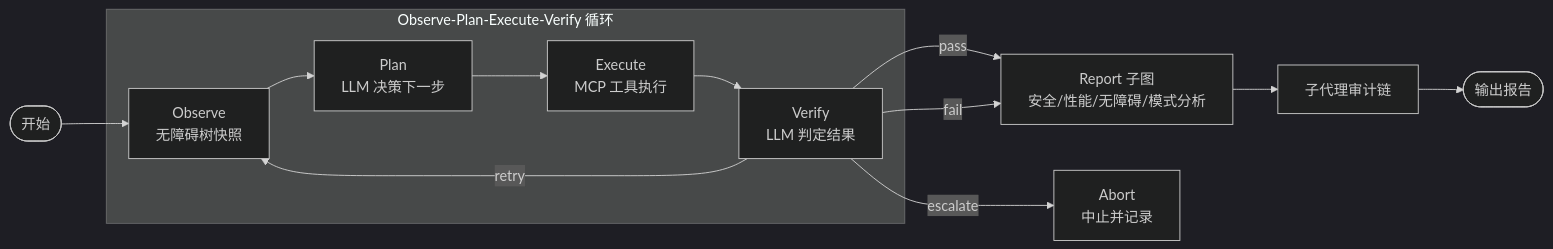
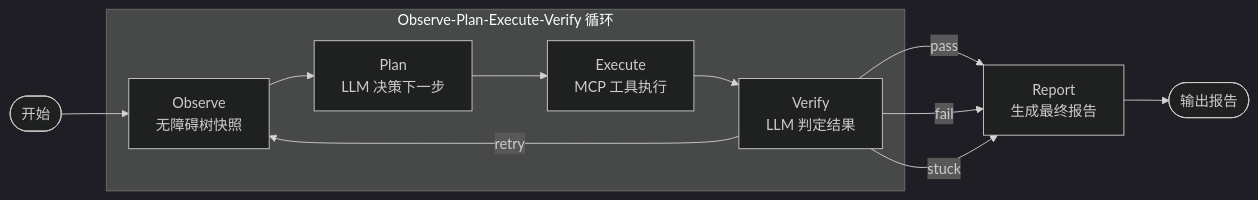
The second of 4 diagrams in docs/architecture/README.md (hoye1113/ElectronHound), drawn with Mermaid (dark theme) before and after one commit. The commit also changed other lines of this file and 4 other files, not shown here.

````diff
--- a/docs/architecture/README.md
+++ b/docs/architecture/README.md
@@ -243,26 +241,23 @@
 ```mermaid
 graph LR
     Start(["开始"]) --> Observe
 
     subgraph Loop["Observe-Plan-Execute-Verify 循环"]
         Observe["Observe<br/>无障碍树快照"]
         Plan["Plan<br/>LLM 决策下一步"]
         Execute["Execute<br/>MCP 工具执行"]
         Verify["Verify<br/>LLM 判定结果"]
 
         Observe --> Plan
         Plan --> Execute
         Execute --> Verify
     end
 
     Verify -->|"pass"| Report
     Verify -->|"retry"| Observe
     Verify -->|"fail"| Report
-    Verify -->|"escalate"| Abort
+    Verify -->|"stuck"| Report
 
-    Abort["Abort<br/>中止并记录"]
-    Report["Report 子图<br/>安全/性能/无障碍/模式分析"]
-
-    Report --> SubAgent["子代理审计链"]
-    SubAgent --> Output(["输出报告"])
+    Report["Report<br/>生成最终报告"]
+    Report --> Output(["输出报告"])
 ```
````
